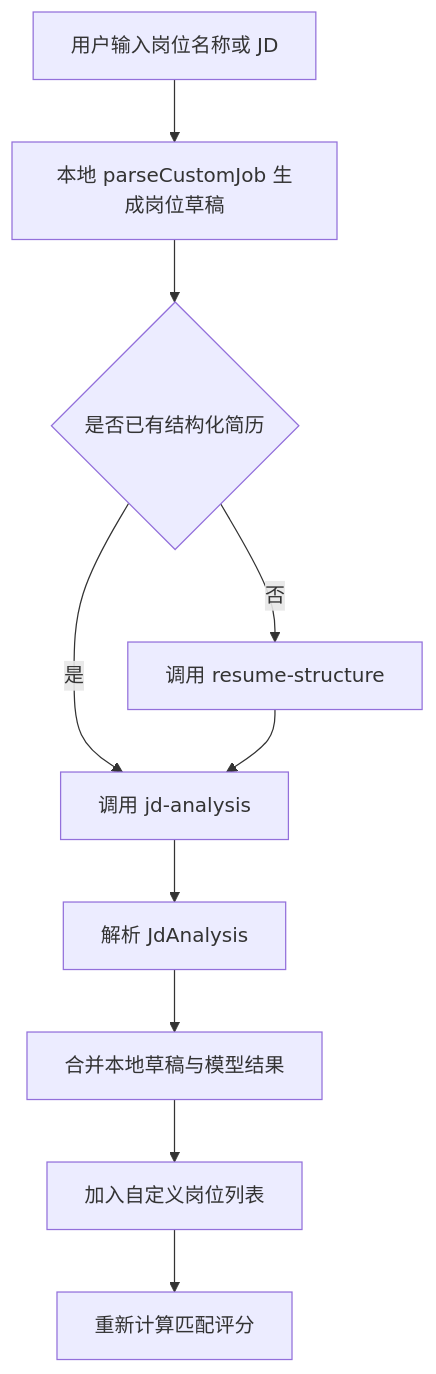
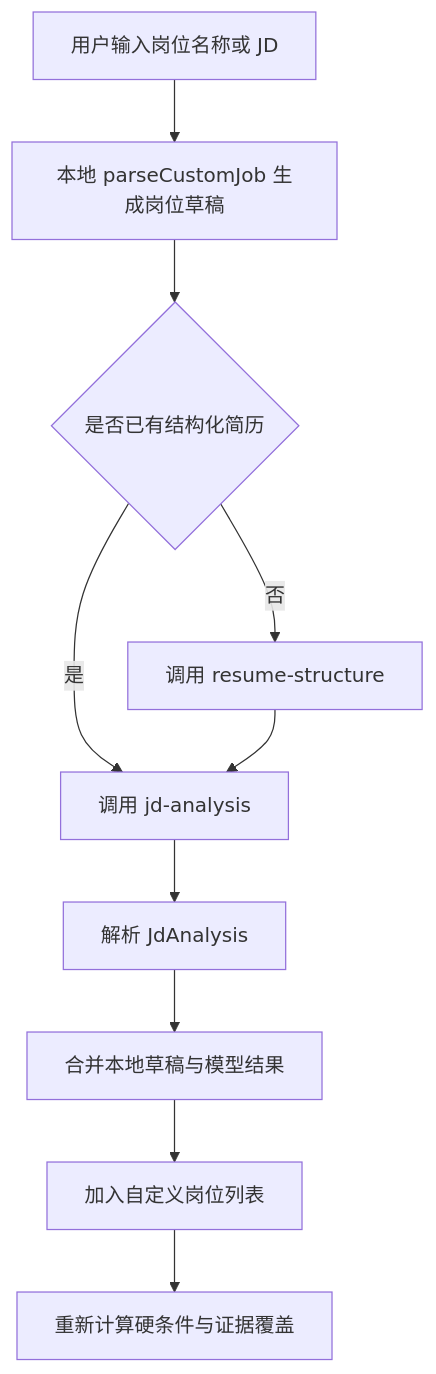
The second of 3 diagrams in docs/PROJECT_ARCHITECTURE_AND_UNDERSTANDING.md (lljjcc426/Kongming-Student-Job-Matching-Agent), drawn with Mermaid before and after one commit. The commit also changed other lines of this file and 56 other files, not shown here.

````diff
--- a/docs/PROJECT_ARCHITECTURE_AND_UNDERSTANDING.md
+++ b/docs/PROJECT_ARCHITECTURE_AND_UNDERSTANDING.md
@@ -124,12 +137,12 @@
 ```mermaid
 flowchart TD
     A[用户输入岗位名称或 JD] --> B[本地 parseCustomJob 生成岗位草稿]
     B --> C{是否已有结构化简历}
     C -->|否| D[调用 resume-structure]
     C -->|是| E[调用 jd-analysis]
     D --> E
     E --> F[解析 JdAnalysis]
     F --> G[合并本地草稿与模型结果]
     G --> H[加入自定义岗位列表]
-    H --> I[重新计算匹配评分]
+    H --> I[重新计算硬条件与证据覆盖]
 ```
````
